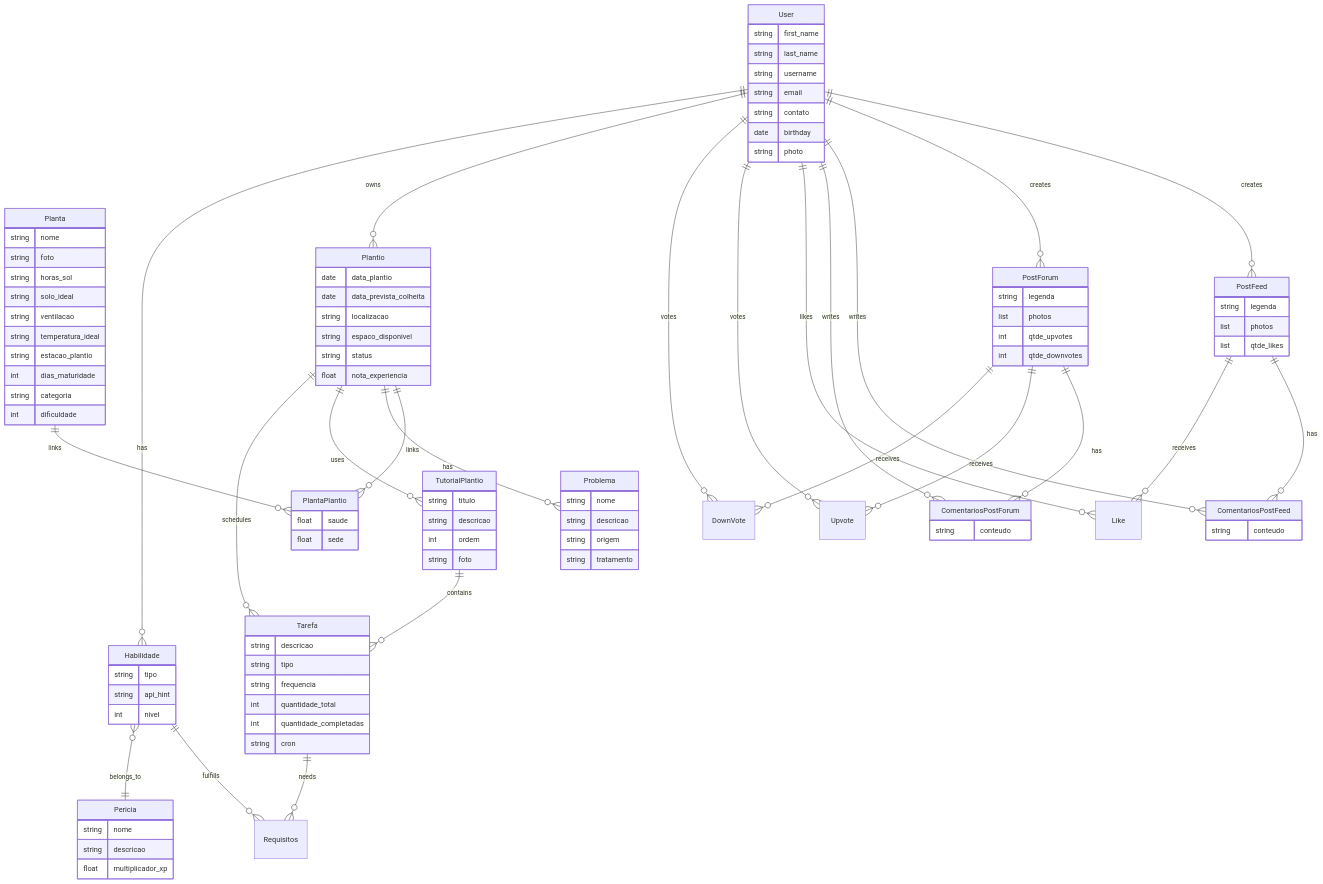
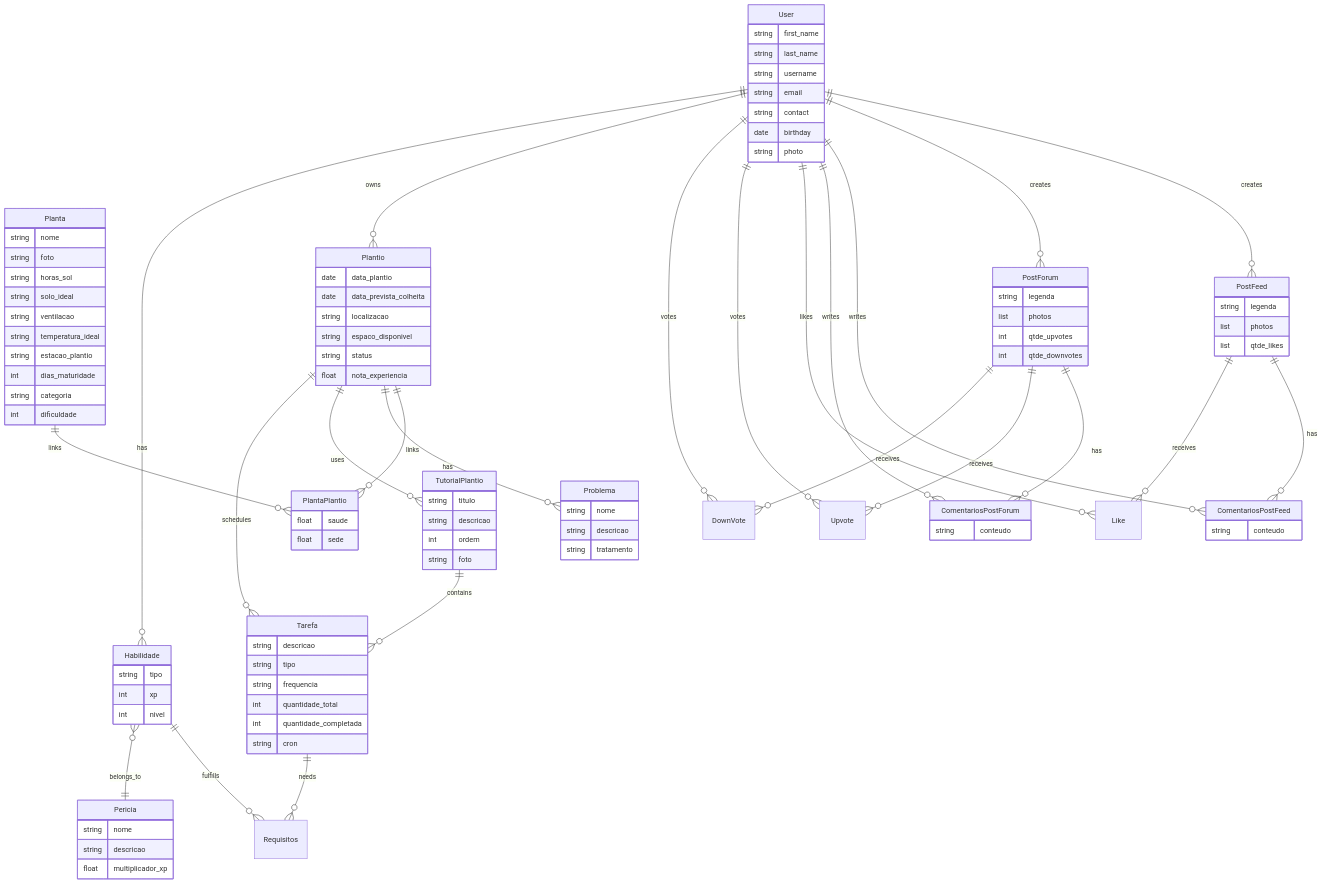
The diagram in README.md (Projetos-Faculdade-UCS/plantinhas), drawn with Mermaid before and after one commit.

Commit message:
Update README.md
Gerenciamento revisado

```diff
--- a/README.md
+++ b/README.md
@@ -9,7 +9,7 @@
     string last_name
     string username
     string email
-    string contato
+    string contact
     date birthday
     string photo
   }
@@ -44,7 +44,6 @@
   Problema {
     string nome
     string descricao
-    string origem
     string tratamento
   }
 
@@ -60,7 +59,7 @@
     string tipo
     string frequencia
     int quantidade_total
-    int quantidade_completadas
+    int quantidade_completada
     string cron
   }
 
@@ -72,7 +71,7 @@
 
   Habilidade {
     string tipo
-    string api_hint
+    int xp
     int nivel
   }
 
```
